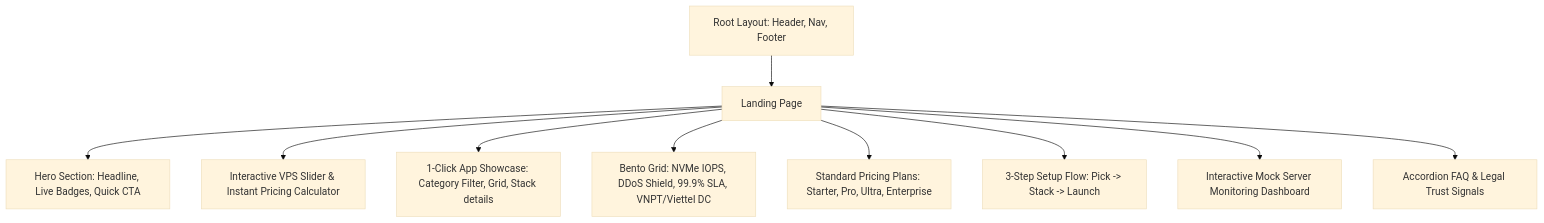
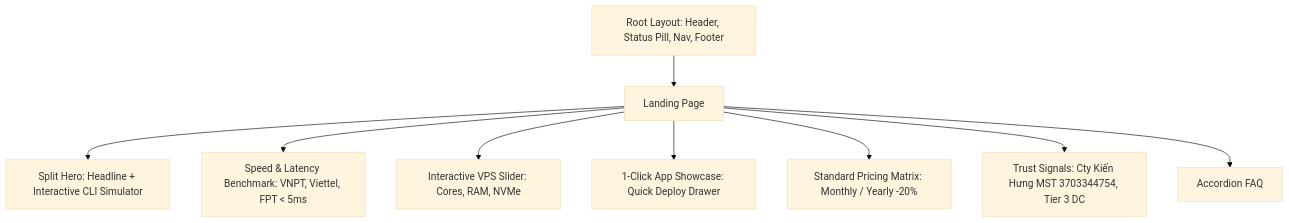
Before and after one commit to TrioHAT-Solutions/kienhung-vps: the diagram in docs/03_FRONTEND_ARCHITECTURE.md, drawn with Mermaid (base theme). The commit also changed other lines of this file and 56 other files, not shown here.

````diff
--- a/docs/03_FRONTEND_ARCHITECTURE.md
+++ b/docs/03_FRONTEND_ARCHITECTURE.md
@@ -54,13 +29,12 @@
 ```mermaid
 graph TD
-    Root[Root Layout: Header, Nav, Footer] --> Page[Landing Page]
+    Root[Root Layout: Header, Status Pill, Nav, Footer] --> Page[Landing Page]
     
-    Page --> Hero[Hero Section: Headline, Live Badges, Quick CTA]
-    Page --> Configurator[Interactive VPS Slider & Instant Pricing Calculator]
-    Page --> AppMarketplace[1-Click App Showcase: Category Filter, Grid, Stack details]
-    Page --> BentoFeatures[Bento Grid: NVMe IOPS, DDoS Shield, 99.9% SLA, VNPT/Viettel DC]
-    Page --> PricingMatrix[Standard Pricing Plans: Starter, Pro, Ultra, Enterprise]
-    Page --> StepGuide[3-Step Setup Flow: Pick -> Stack -> Launch]
-    Page --> LiveDashboardTeaser[Interactive Mock Server Monitoring Dashboard]
-    Page --> FAQ[Accordion FAQ & Legal Trust Signals]
+    Page --> SplitHero[Split Hero: Headline + Interactive CLI Simulator]
+    Page --> LatencyMap[Speed & Latency Benchmark: VNPT, Viettel, FPT < 5ms]
+    Page --> ConfiguratorTeaser[Interactive VPS Slider: Cores, RAM, NVMe]
+    Page --> AppMarketplace[1-Click App Showcase: Quick Deploy Drawer]
+    Page --> PricingSection[Standard Pricing Matrix: Monthly / Yearly -20%]
+    Page --> EnterpriseTrust[Trust Signals: Cty Kiến Hưng MST 3703344754, Tier 3 DC]
+    Page --> FAQ[Accordion FAQ]
 ```
````
